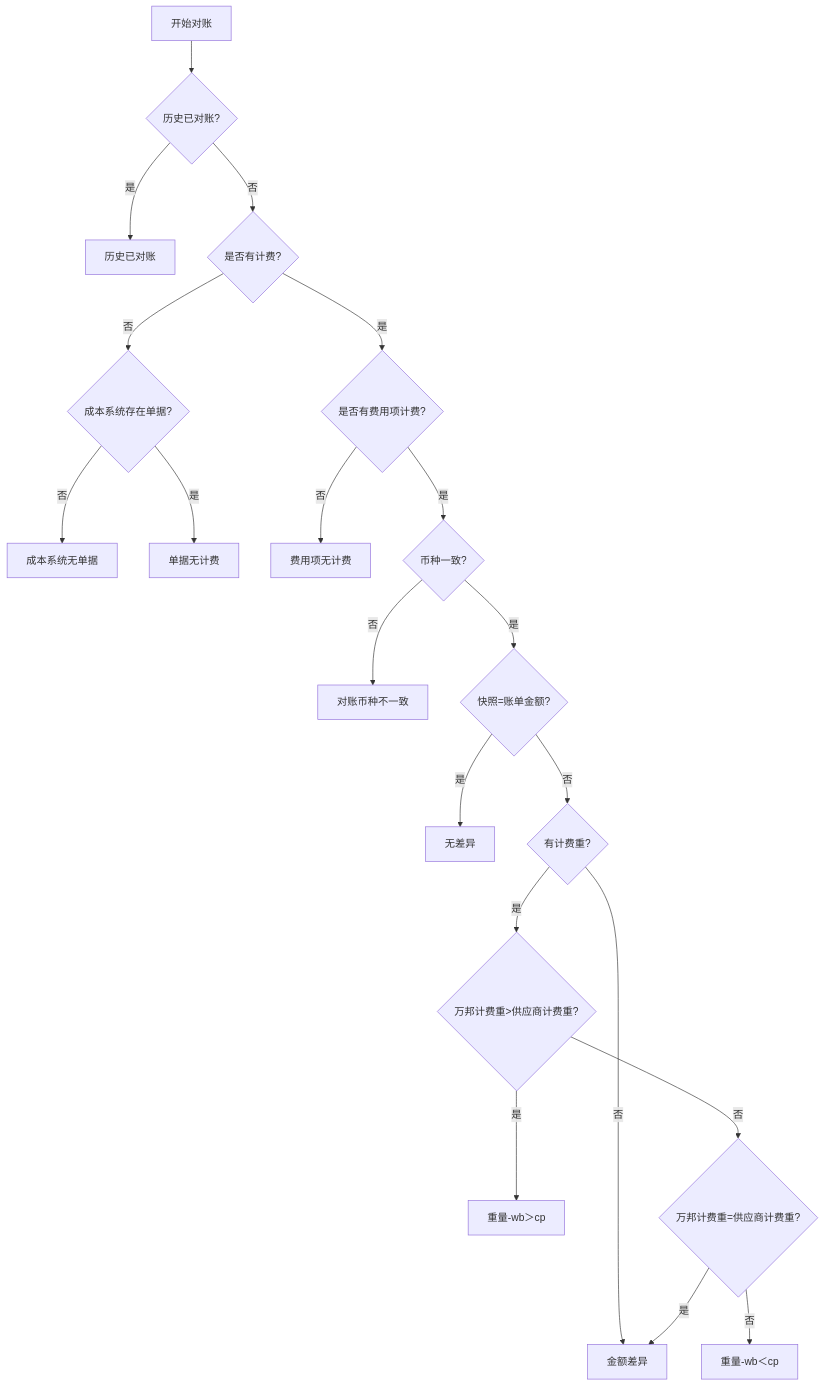
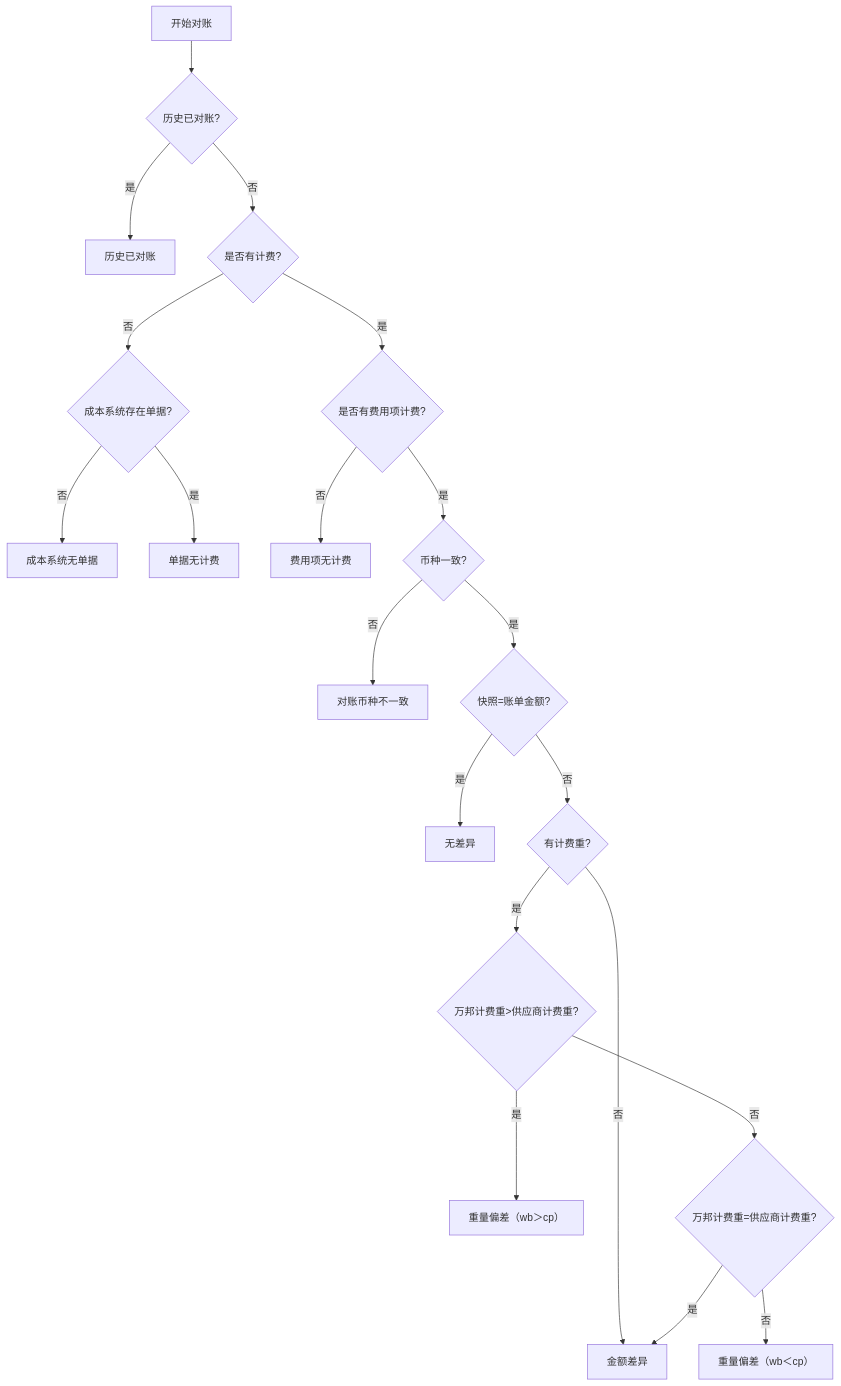
The diagram in PRDdocs（对账单）/00-业务概况/2.差异类型系统判断逻辑.md (ljfjzgz/ljfjzgz.github.io), drawn with Mermaid before and after one commit. The commit also changed other lines of this file and 11 other files, not shown here.

````diff
--- a/PRDdocs（对账单）/00-业务概况/2.差异类型系统判断逻辑.md
+++ b/PRDdocs（对账单）/00-业务概况/2.差异类型系统判断逻辑.md
@@ -23,22 +26,22 @@
 ```mermaid
 graph TD
     A[开始对账] --> F{历史已对账?}
     F -->|是| G[历史已对账]
     F -->|否| H{是否有计费?}
     H -->|否| D{成本系统存在单据?}
     D -->|否| E[成本系统无单据]
     D -->|是| I[单据无计费]
     H -->|是| J{是否有费用项计费?}
     J -->|否| K[费用项无计费]
     J -->|是| L{币种一致?}
     L -->|否| M[对账币种不一致]
     L -->|是| N{快照=账单金额?}
     N -->|是| O[无差异]
     N -->|否| P{有计费重?}
     P -->|否| Q[金额差异]
     P -->|是| R{万邦计费重>供应商计费重?}
-    R -->|是| S[重量-wb＞cp]
+    R -->|是| S[重量偏差（wb＞cp）]
     R -->|否| T{万邦计费重=供应商计费重?}
-    T -->|否| U[重量-wb＜cp]
+    T -->|否| U[重量偏差（wb＜cp）]
     T -->|是| Q
 ```
````
